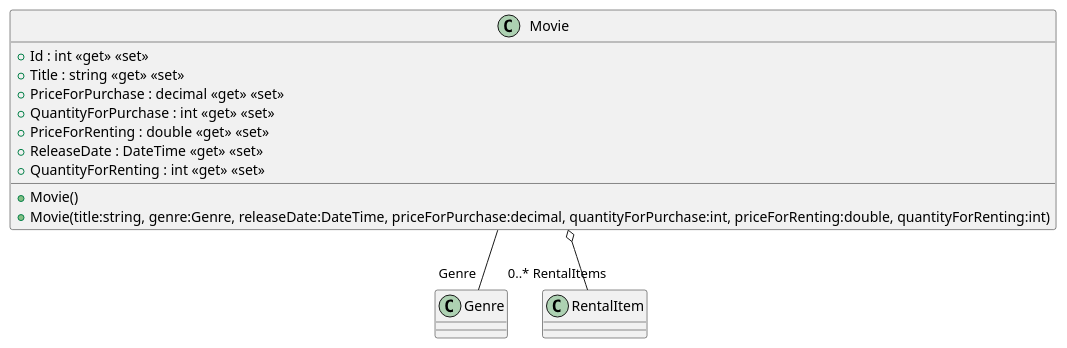
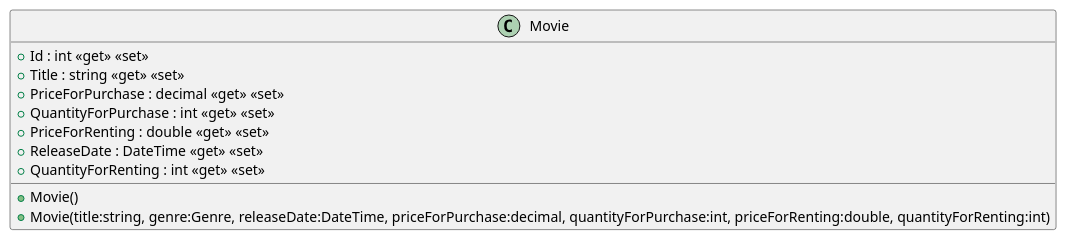
One commit to Ingenieria-del-Software-II-ESIIAB/AppForMovies changed the diagram in src/AppForMovies.API/ClassDiagram/Movie.puml. Above: the diagram before and after it, drawn with PlantUML. The commit also changed 23 other files, not shown here.

First line of the commit message:
Diagrams and warnings (#66)

```diff
--- a/src/AppForMovies.API/ClassDiagram/Movie.puml
+++ b/src/AppForMovies.API/ClassDiagram/Movie.puml
@@ -1,16 +1,15 @@
 @startuml
 class Movie {
     + Movie()
     + Movie(title:string, genre:Genre, releaseDate:DateTime, priceForPurchase:decimal, quantityForPurchase:int, priceForRenting:double, quantityForRenting:int)
     + Id : int <<get>> <<set>>
     + Title : string <<get>> <<set>>
     + PriceForPurchase : decimal <<get>> <<set>>
     + QuantityForPurchase : int <<get>> <<set>>
     + PriceForRenting : double <<get>> <<set>>
     + ReleaseDate : DateTime <<get>> <<set>>    
     + QuantityForRenting : int <<get>> <<set>>
 }
 
-Movie -- "Genre" Genre
-Movie o-- "0..* RentalItems" "RentalItem"
+
 @enduml
```
